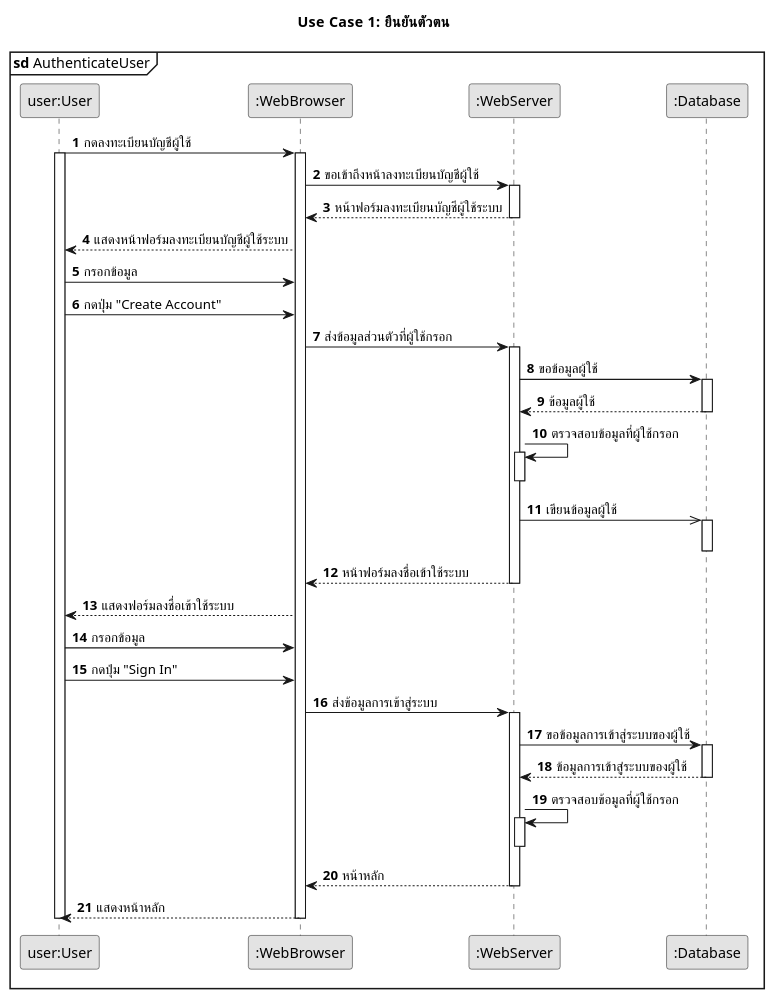
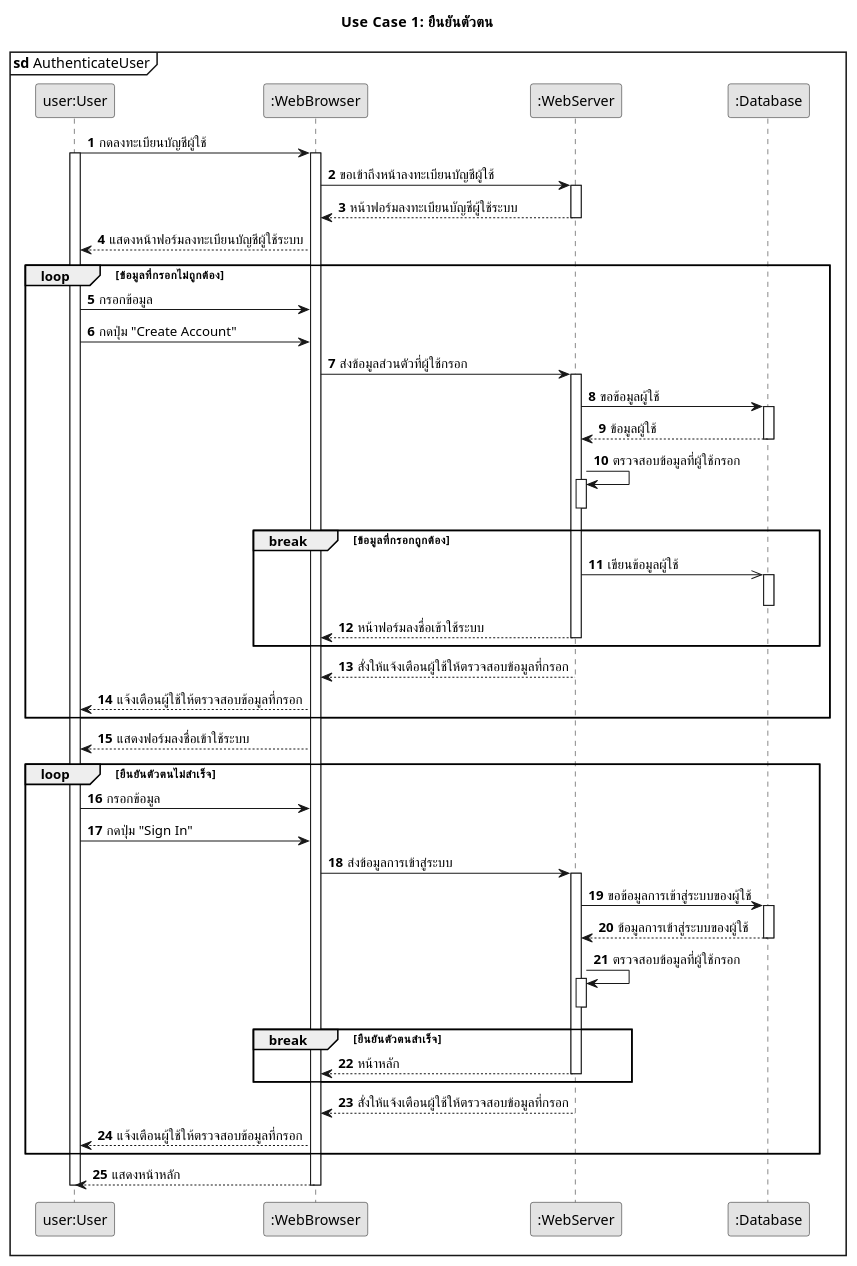
Before and after one commit to SaluteKevin/AQkid: the diagram in design/diagrams/sequence/aqkids-sequences-uc-1.puml, drawn with PlantUML. The commit also changed 9 other files, not shown here.

```diff
--- a/design/diagrams/sequence/aqkids-sequences-uc-1.puml
+++ b/design/diagrams/sequence/aqkids-sequences-uc-1.puml
@@ -1,55 +1,106 @@
 @startuml
 skinparam monochrome true
 skinparam defaultFontName Sarabun
 autonumber
 
 title Use Case 1: ยืนยันตัวตน
 mainframe **sd** AuthenticateUser
 
 participant "user:User" as User
 participant ":WebBrowser" as Browser
 participant ":WebServer" as Server
 participant ":Database" as Database
 
 User -> Browser: กดลงทะเบียนบัญชีผู้ใช้
+
 activate User
+
 activate Browser
 Browser -> Server: ขอเข้าถึงหน้าลงทะเบียนบัญชีผู้ใช้
+
 activate Server
 Server --> Browser: หน้าฟอร์มลงทะเบียนบัญชีผู้ใช้ระบบ
 deactivate Server
+
 Browser --> User: แสดงหน้าฟอร์มลงทะเบียนบัญชีผู้ใช้ระบบ
+
+' loop 1
+loop ข้อมูลที่กรอกไม่ถูกต้อง
+
 User -> Browser: กรอกข้อมูล
 User -> Browser: กดปุ่ม "Create Account"
 Browser -> Server: ส่งข้อมูลส่วนตัวที่ผู้ใช้กรอก
+
 activate Server
 Server -> Database: ขอข้อมูลผู้ใช้
+
 activate Database
 Database --> Server: ข้อมูลผู้ใช้
 deactivate Database
+
 Server -> Server: ตรวจสอบข้อมูลที่ผู้ใช้กรอก
+
 activate Server
 deactivate Server
+
+break ข้อมูลที่กรอกถูกต้อง
+
 Server ->> Database: เขียนข้อมูลผู้ใช้
+
 activate Database
 deactivate Database
+
 Server --> Browser: หน้าฟอร์มลงชื่อเข้าใช้ระบบ
 deactivate Server
+
+' break 1.1
+end
+
+Server --> Browser: สั่งให้แจ้งเตือนผู้ใช้ให้ตรวจสอบข้อมูลที่กรอก
+Browser --> User: แจ้งเตือนผู้ใช้ให้ตรวจสอบข้อมูลที่กรอก
+
+' loop 1
+end
+
 Browser --> User: แสดงฟอร์มลงชื่อเข้าใช้ระบบ
+
+' loop 2
+loop ยืนยันตัวตนไม่สำเร็จ
+
 User -> Browser: กรอกข้อมูล
 User -> Browser: กดปุ่ม "Sign In"
 Browser -> Server: ส่งข้อมูลการเข้าสู่ระบบ
+
 activate Server
 Server -> Database: ขอข้อมูลการเข้าสู่ระบบของผู้ใช้
+
 activate Database
 Database --> Server: ข้อมูลการเข้าสู่ระบบของผู้ใช้
 deactivate Database
+
 Server -> Server: ตรวจสอบข้อมูลที่ผู้ใช้กรอก
+
 activate Server
 deactivate Server
+
+' break 2.1
+break ยืนยันตัวตนสำเร็จ
+
 Server --> Browser: หน้าหลัก
 deactivate Server
+
+' break 2.1
+end
+
+Server --> Browser: สั่งให้แจ้งเตือนผู้ใช้ให้ตรวจสอบข้อมูลที่กรอก
+Browser --> User: แจ้งเตือนผู้ใช้ให้ตรวจสอบข้อมูลที่กรอก
+
+' loop 2
+end
+
 Browser --> User: แสดงหน้าหลัก
+
 deactivate Browser
+
 deactivate User
 @enduml
```
